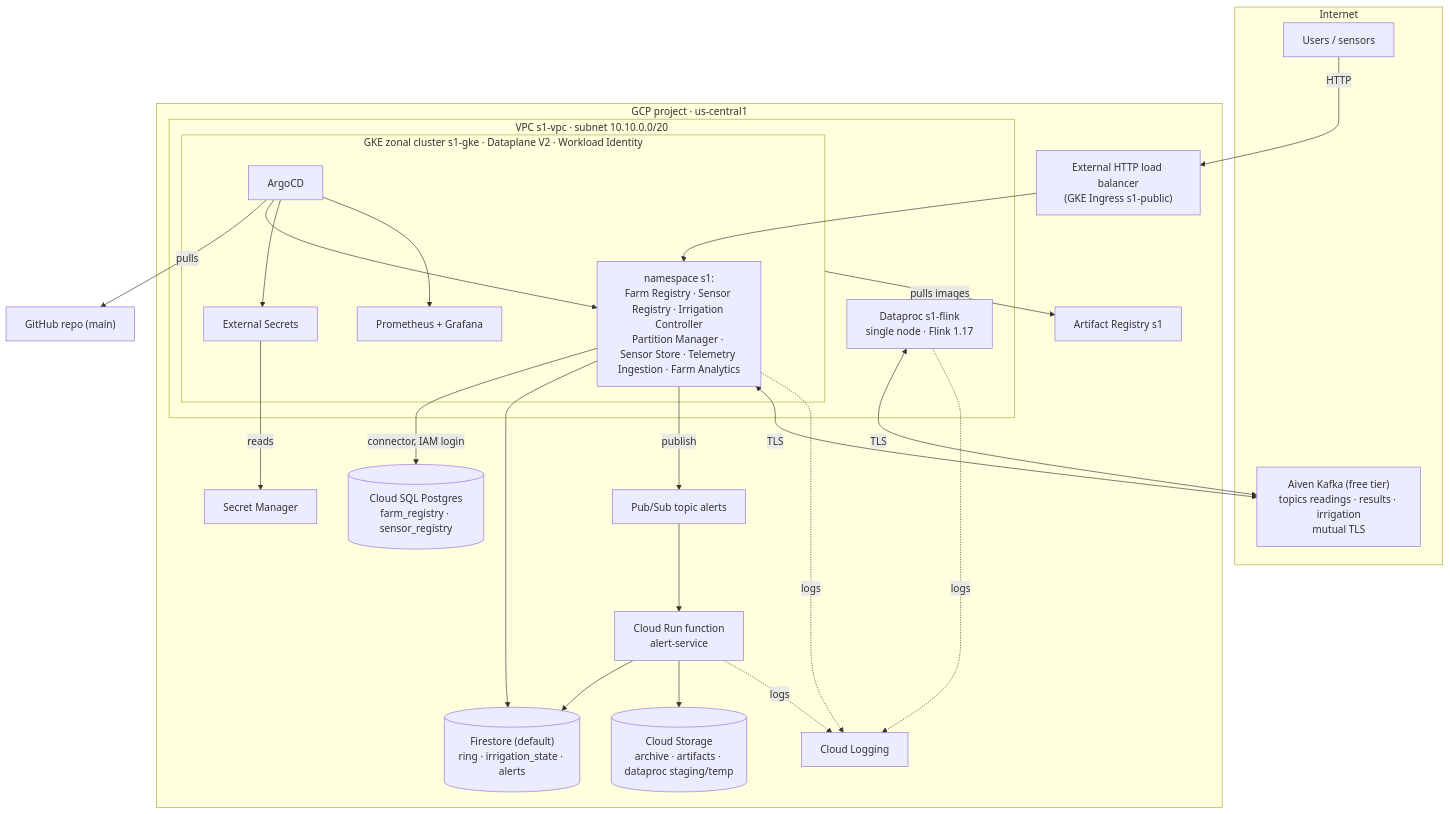
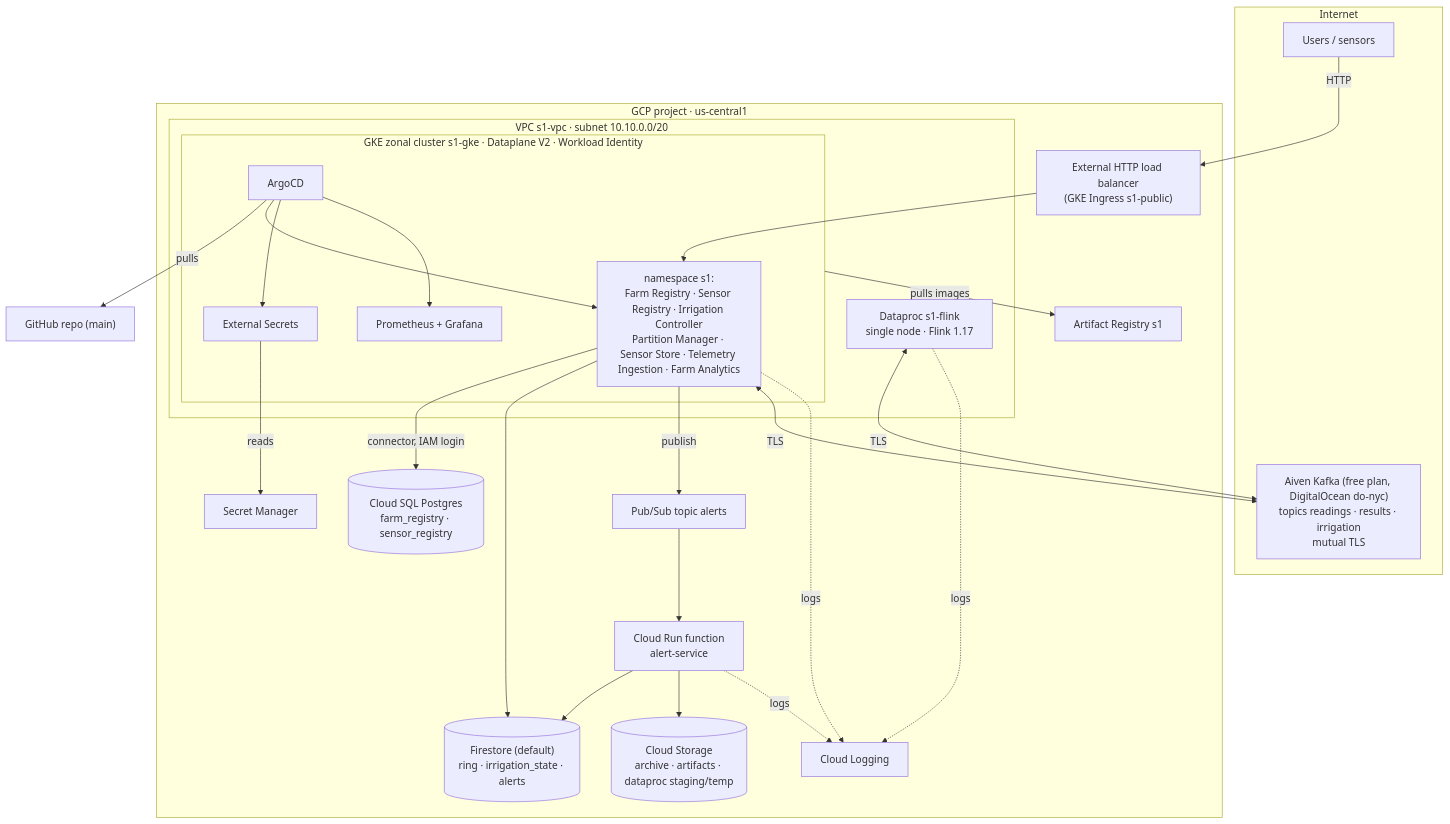
Before and after one commit to MrudulDhaduk/s1-smart-agriculture: the first of 2 diagrams in docs/p1-infrastructure-storage.md, drawn with Mermaid. The commit also changed other lines of this file and 3 other files, not shown here.

First line of the commit message:
Platform: pull Argo charts from ghcr.io; record the first GKE run

````diff
--- a/docs/p1-infrastructure-storage.md
+++ b/docs/p1-infrastructure-storage.md
@@ -14,40 +14,40 @@
 ```mermaid
 flowchart TB
     subgraph Internet
         U["Users / sensors"]
-        AIV["Aiven Kafka (free tier)<br/>topics readings · results · irrigation<br/>mutual TLS"]
+        AIV["Aiven Kafka (free plan, DigitalOcean do-nyc)<br/>topics readings · results · irrigation<br/>mutual TLS"]
     end
     subgraph GCP["GCP project · us-central1"]
         LB["External HTTP load balancer<br/>(GKE Ingress s1-public)"]
         subgraph VPC["VPC s1-vpc · subnet 10.10.0.0/20"]
             subgraph GKE["GKE zonal cluster s1-gke · Dataplane V2 · Workload Identity"]
                 ARGO["ArgoCD"]
                 ESO["External Secrets"]
                 MON["Prometheus + Grafana"]
                 APP["namespace s1:<br/>Farm Registry · Sensor Registry · Irrigation Controller<br/>Partition Manager · Sensor Store · Telemetry Ingestion · Farm Analytics"]
             end
             DP["Dataproc s1-flink<br/>single node · Flink 1.17"]
         end
         SQL[("Cloud SQL Postgres<br/>farm_registry · sensor_registry")]
         FS[("Firestore (default)<br/>ring · irrigation_state · alerts")]
         GCS[("Cloud Storage<br/>archive · artifacts · dataproc staging/temp")]
         PS["Pub/Sub topic alerts"]
         FN["Cloud Run function<br/>alert-service"]
         SM["Secret Manager"]
         AR["Artifact Registry s1"]
         LOG["Cloud Logging"]
     end
     GIT["GitHub repo (main)"]
 
     U -->|HTTP| LB --> APP
     APP -->|"connector, IAM login"| SQL
     APP --> FS
     APP -->|publish| PS --> FN --> FS & GCS
     APP <-->|TLS| AIV
     DP <-->|TLS| AIV
     ARGO -->|pulls| GIT
     ARGO --> APP & ESO & MON
     ESO -->|reads| SM
     GKE -->|pulls images| AR
     APP & DP & FN -.->|logs| LOG
 ```
````
